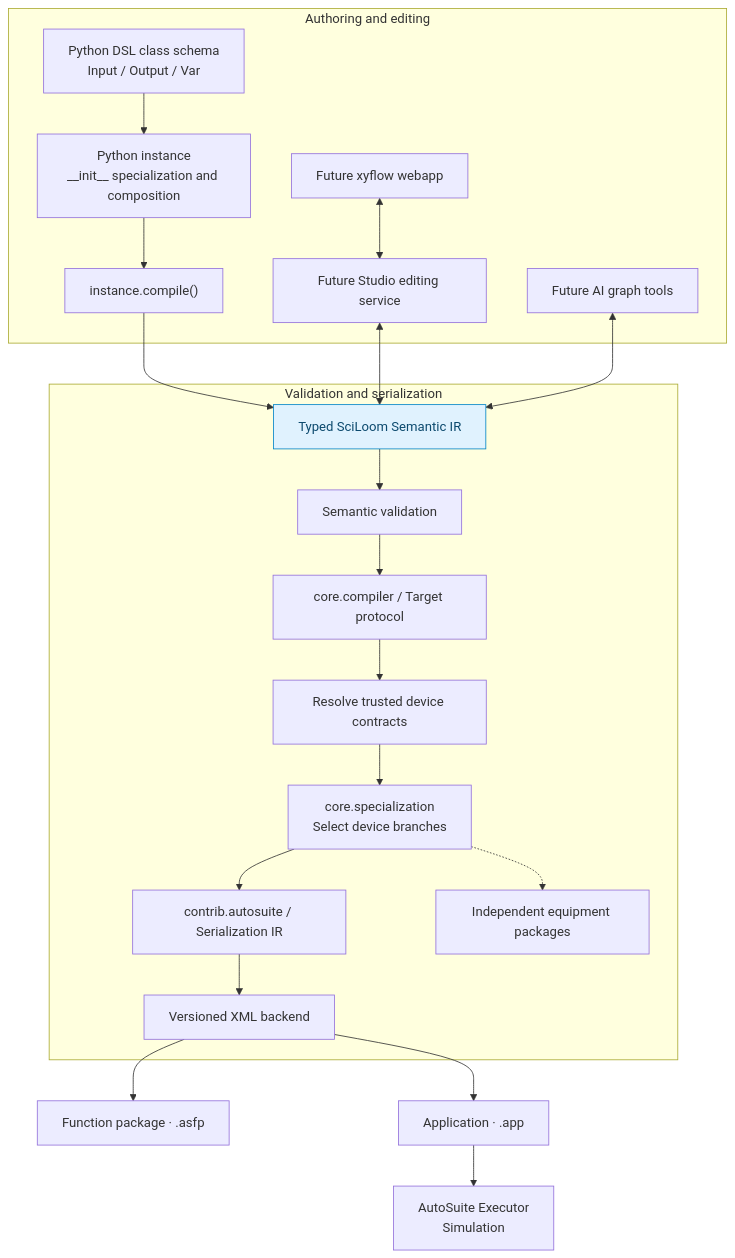
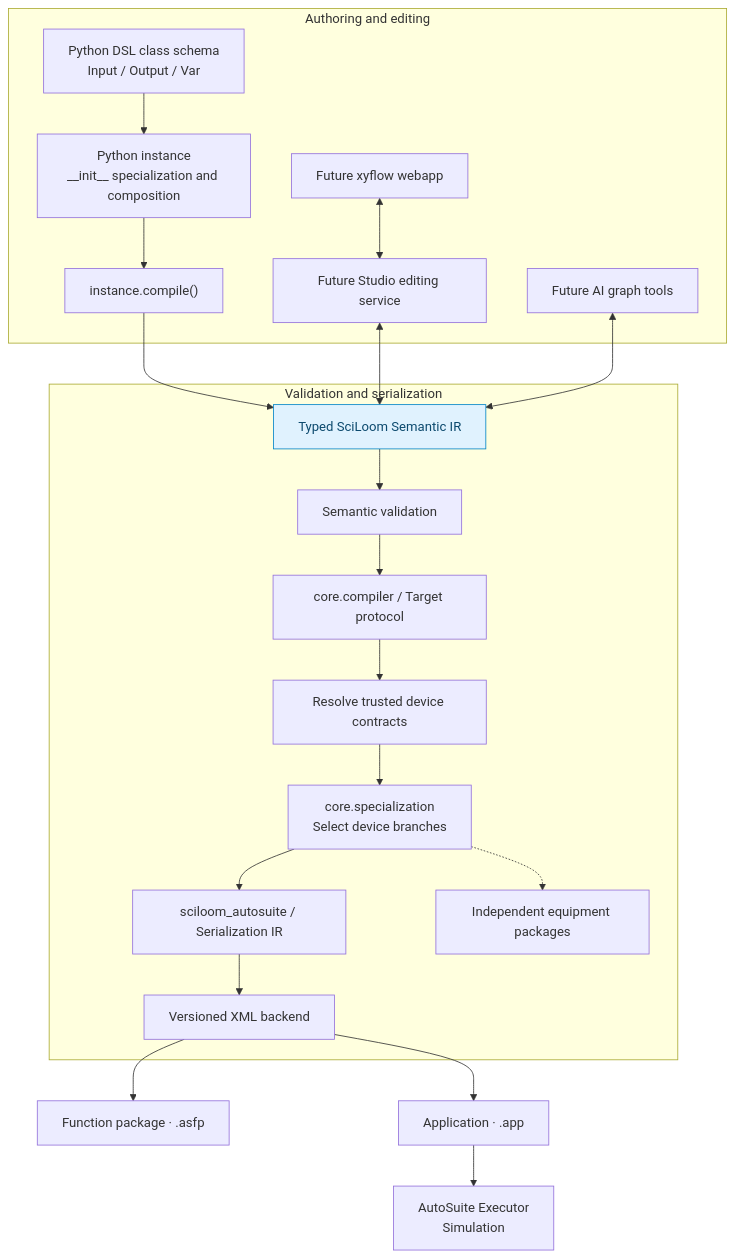
The diagram in docs/01_TARGET_ARCHITECTURE.md (TsumiNa/sciloom), drawn with Mermaid before and after one commit. The commit also changed 60 other files, not shown here.

First line of the commit message:
refactor: move AutoSuite into the sciloom-autosuite workspace member (#56)

````diff
--- a/docs/01_TARGET_ARCHITECTURE.md
+++ b/docs/01_TARGET_ARCHITECTURE.md
@@ -16,28 +16,28 @@
 ```mermaid
 flowchart TB
     subgraph Authoring["Authoring and editing"]
         Class["Python DSL class schema<br/>Input / Output / Var"] --> Instance["Python instance<br/>__init__ specialization and composition"]
         Instance --> Compile["instance.compile()"]
         GUI["Future xyflow webapp"]
         Studio["Future Studio editing service"]
         AI["Future AI graph tools"]
     end
     Compile --> IR["Typed SciLoom Semantic IR"]
     GUI <--> Studio
     Studio <--> IR
     AI <--> IR
     subgraph Backend["Validation and serialization"]
         IR --> Validate["Semantic validation"]
         Validate --> Compiler["core.compiler / Target protocol"]
         Compiler --> Bind["Resolve trusted device contracts"]
         Bind --> Specialize["core.specialization<br/>Select device branches"]
-        Specialize --> SIR["contrib.autosuite / Serialization IR"]
+        Specialize --> SIR["sciloom_autosuite / Serialization IR"]
         Specialize -.-> Other["Independent equipment packages"]
         SIR --> XML["Versioned XML backend"]
     end
     XML --> ASFP["Function package · .asfp"]
     XML --> APP["Application · .app"]
     APP --> Executor["AutoSuite Executor<br/>Simulation"]
     classDef core fill:#e0f2fe,stroke:#0284c7,color:#0c4a6e;
     class IR core;
 ```
````
